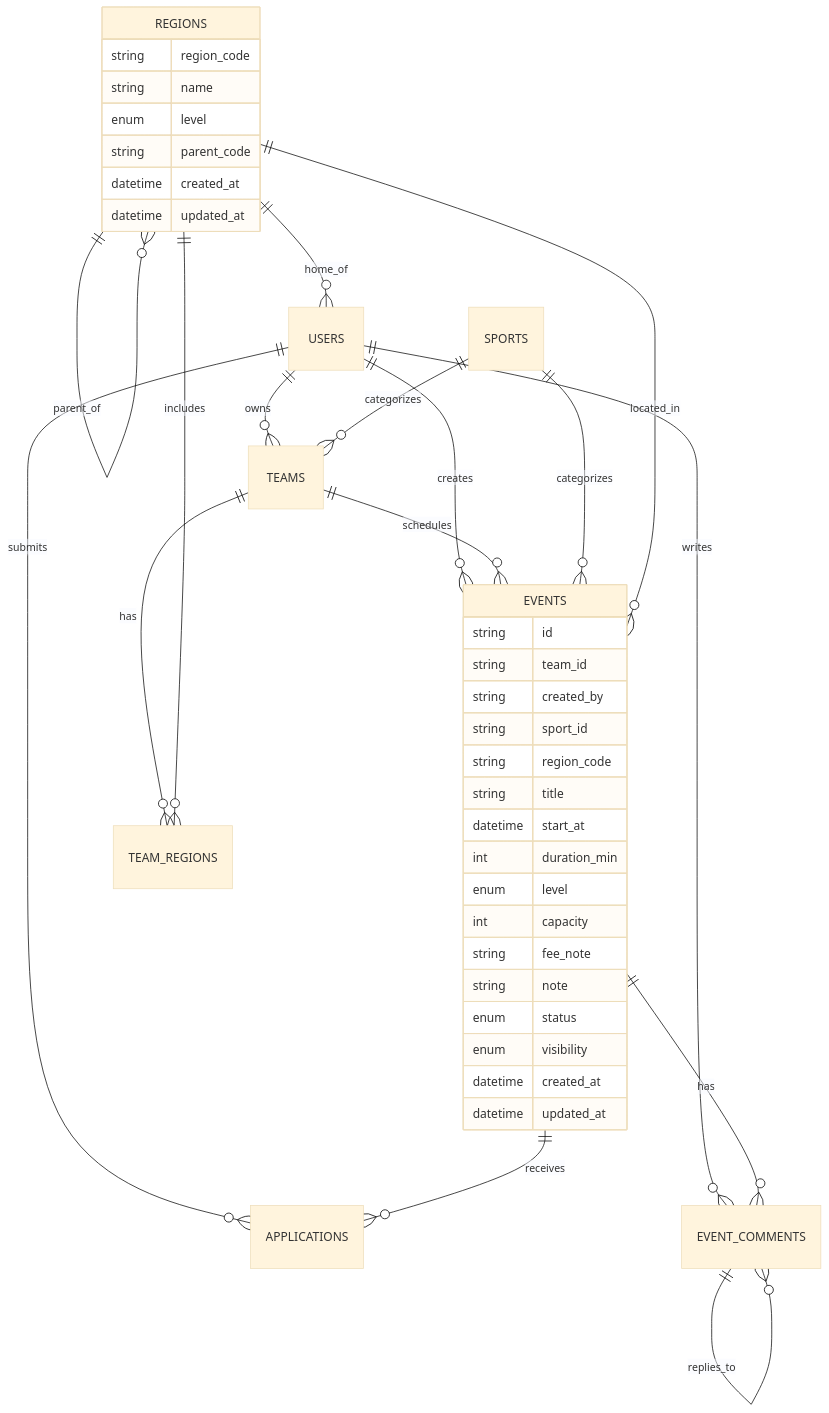
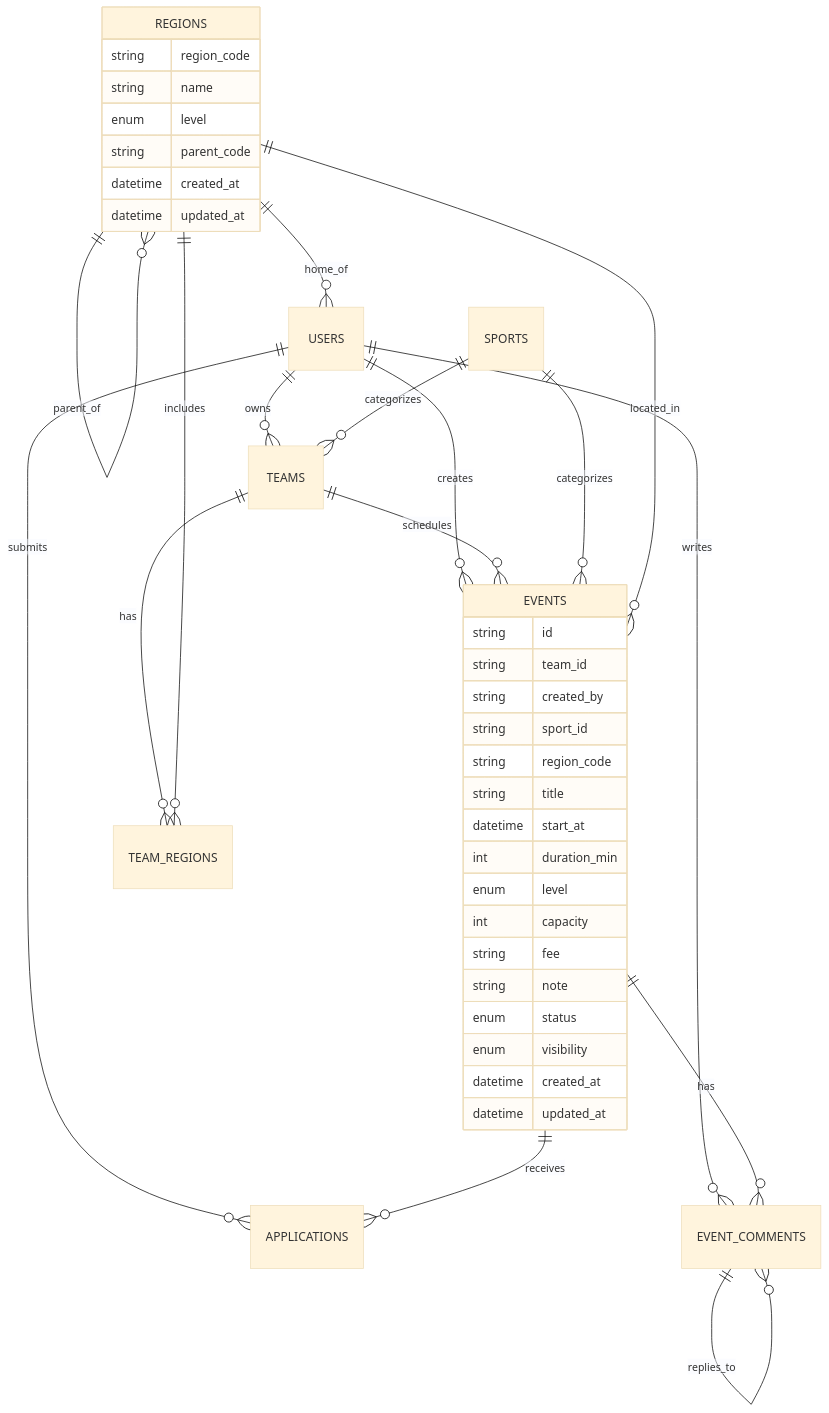
Before and after one commit to ys-1052/crewee: the second of 2 diagrams in context/design.md, drawn with Mermaid (base theme). The commit also changed other lines of this file and 7 other files, not shown here.

````diff
--- a/context/design.md
+++ b/context/design.md
@@ -427,51 +425,51 @@
 ```mermaid
 erDiagram
     USERS ||--o{ TEAMS : owns
     USERS ||--o{ EVENTS : creates
     USERS ||--o{ APPLICATIONS : submits
     USERS ||--o{ EVENT_COMMENTS : writes
     
     TEAMS ||--o{ EVENTS : schedules
     TEAMS ||--o{ TEAM_REGIONS : has
     
     EVENTS ||--o{ APPLICATIONS : receives
     EVENTS ||--o{ EVENT_COMMENTS : has
     
     SPORTS ||--o{ TEAMS : categorizes
     SPORTS ||--o{ EVENTS : categorizes
     
     REGIONS ||--o{ USERS : home_of
     REGIONS ||--o{ EVENTS : located_in
     REGIONS ||--o{ TEAM_REGIONS : includes
     REGIONS ||--o{ REGIONS : parent_of
     
     EVENT_COMMENTS ||--o{ EVENT_COMMENTS : replies_to
     
     EVENTS {
         string id
         string team_id
         string created_by
         string sport_id
         string region_code
         string title
         datetime start_at
         int duration_min
         enum level
         int capacity
-        string fee_note
+        string fee
         string note
         enum status
         enum visibility
         datetime created_at
         datetime updated_at
     }
     
     REGIONS {
         string region_code
         string name
         enum level
         string parent_code
         datetime created_at
         datetime updated_at
     }
 ```
````
